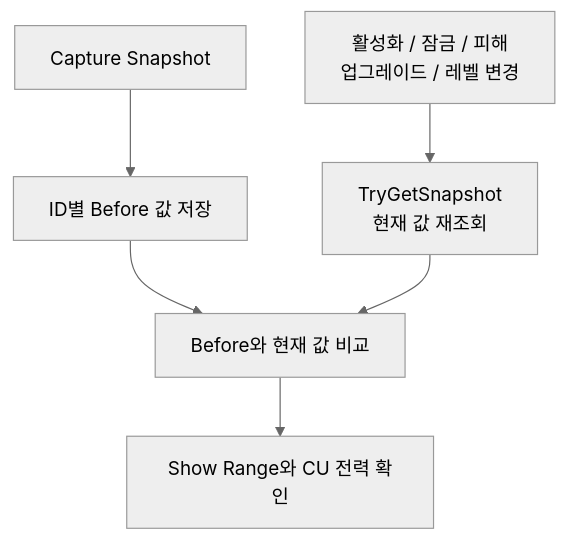
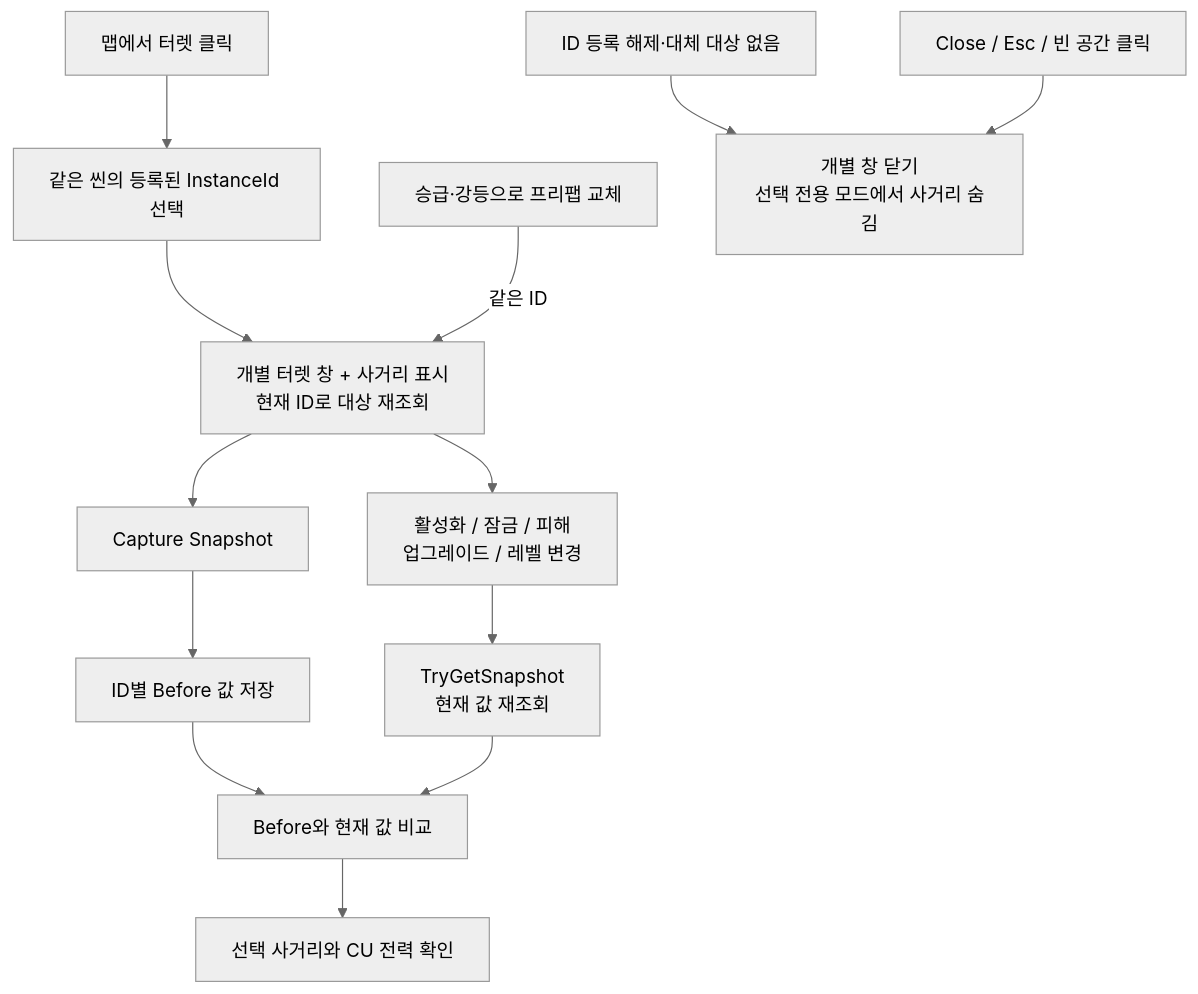
One commit to Team-HJD-21/unity-6-the-developer changed diagram 16 of 17 in Docs/architecture/turret-system-guide.md. Above: the diagram before and after it, drawn with Mermaid (neutral theme). The commit also changed other lines of this file and 499 other files, not shown here.

````diff
--- a/Docs/architecture/turret-system-guide.md
+++ b/Docs/architecture/turret-system-guide.md
@@ -685,8 +718,15 @@
 ```mermaid
 flowchart TD
+    Click["맵에서 터렛 클릭"] --> Select["같은 씬의 등록된 InstanceId 선택"]
+    Select --> Window["개별 터렛 창 + 사거리 표시<br>현재 ID로 대상 재조회"]
+    Window --> Capture
+    Window --> Action
+    Replacement["승급·강등으로 프리팹 교체"] -->|"같은 ID"| Window
+    Missing["ID 등록 해제·대체 대상 없음"] --> Close["개별 창 닫기<br>선택 전용 모드에서 사거리 숨김"]
+    Deselect["Close / Esc / 빈 공간 클릭"] --> Close
     Capture["Capture Snapshot"] --> Stored["ID별 Before 값 저장"]
     Action["활성화 / 잠금 / 피해<br>업그레이드 / 레벨 변경"] --> Query["TryGetSnapshot<br>현재 값 재조회"]
     Stored --> Compare["Before와 현재 값 비교"]
     Query --> Compare
-    Compare --> Visual["Show Range와 CU 전력 확인"]
+    Compare --> Visual["선택 사거리와 CU 전력 확인"]
 ```
````
